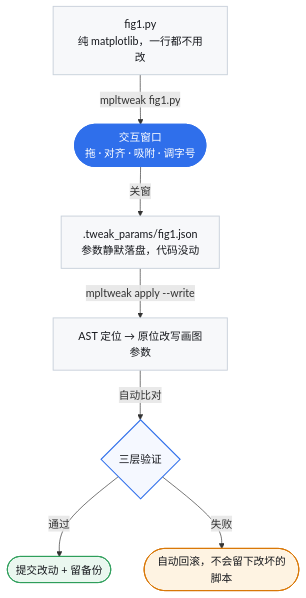
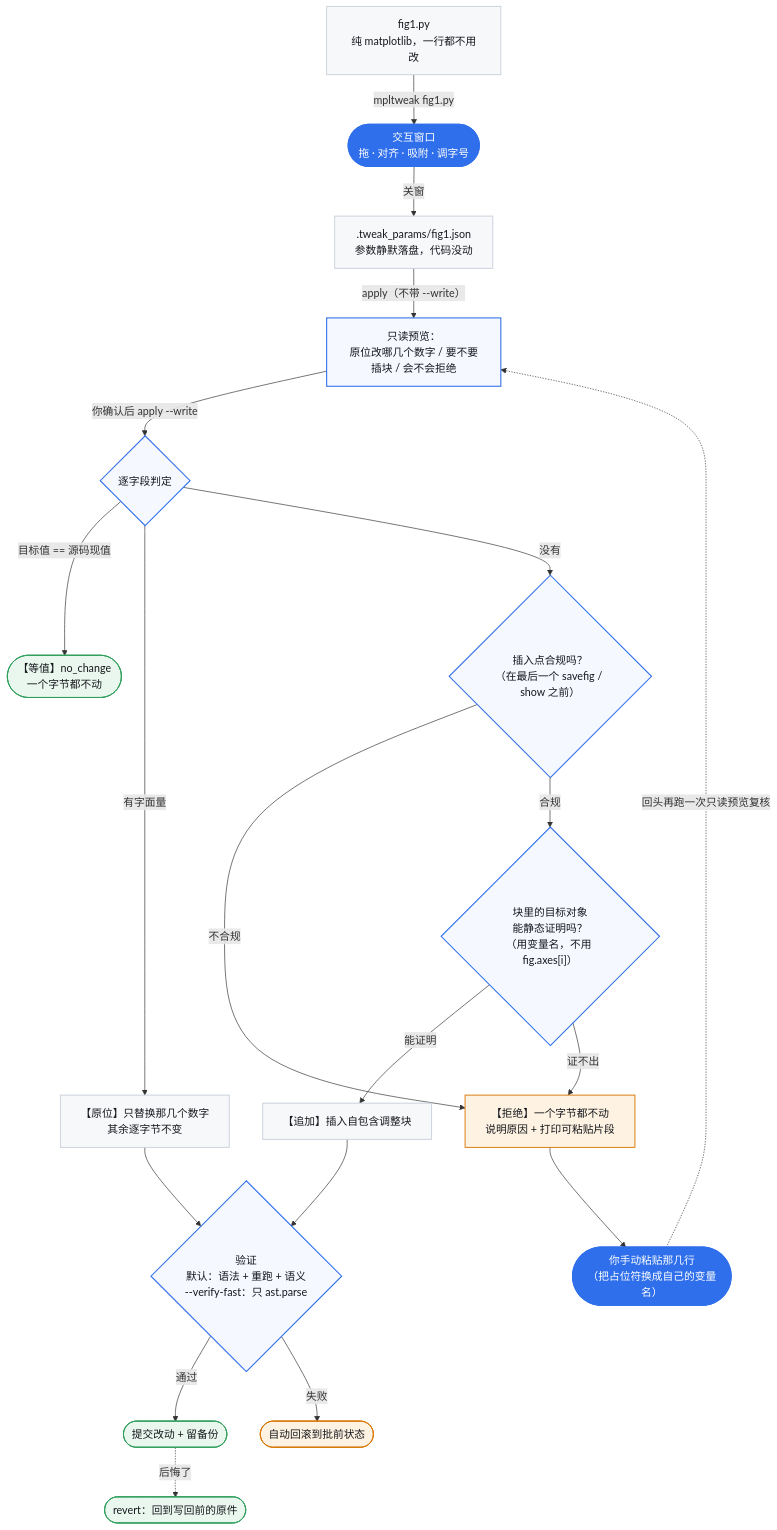
The diagram in docs/interaction.md (shdbl/mpltweak), drawn with Mermaid before and after one commit. The commit also changed other lines of this file and 6 other files, not shown here.

````diff
--- a/docs/interaction.md
+++ b/docs/interaction.md
@@ -25,23 +10,44 @@
 ```mermaid
 flowchart TD
     A["fig1.py<br/>纯 matplotlib，一行都不用改"]:::script
     B(["交互窗口<br/>拖 · 对齐 · 吸附 · 调字号"]):::win
     C[".tweak_params/fig1.json<br/>参数静默落盘，代码没动"]:::script
-    D["AST 定位 → 原位改写画图参数"]:::script
-    E{"三层验证"}:::check
+    P["只读预览：<br/>原位改哪几个数字 / 要不要插块 / 会不会拒绝"]:::check
+    D{"逐字段判定"}:::check
+    D0(["【等值】no_change<br/>一个字节都不动"]):::ok
+    D1["【原位】只替换那几个数字<br/>其余逐字节不变"]:::script
+    D2{"插入点合规吗？<br/>（在最后一个 savefig / show 之前）"}:::check
+    D2b{"块里的目标对象<br/>能静态证明吗？<br/>（用变量名，不用 fig.axes[i]）"}:::check
+    D3["【追加】插入自包含调整块"]:::script
+    D4["【拒绝】一个字节都不动<br/>说明原因 + 打印可粘贴片段"]:::bad
+    PASTE(["你手动粘贴那几行<br/>（把占位符换成自己的变量名）"]):::win
+    E{"验证<br/>默认：语法 + 重跑 + 语义<br/>--verify-fast：只 ast.parse"}:::check
     F(["提交改动 + 留备份"]):::ok
-    G(["自动回滚，不会留下改坏的脚本"]):::bad
+    G(["自动回滚到批前状态"]):::bad
+    R(["revert：回到写回前的原件"]):::ok
 
-A -->|mpltweak fig1.py| B
+    A -->|mpltweak fig1.py| B
     B -->|关窗| C
-    C -->|mpltweak apply --write| D
-    D -->|自动比对| E
+    C -->|apply（不带 --write）| P
+    P -->|你确认后 apply --write| D
+    D -->|目标值 == 源码现值| D0
+    D -->|有字面量| D1
+    D -->|没有| D2
+    D2 -->|不合规| D4
+    D2 -->|合规| D2b
+    D2b -->|能证明| D3
+    D2b -->|证不出| D4
+    D1 --> E
+    D3 --> E
     E -->|通过| F
     E -->|失败| G
+    D4 --> PASTE
+    PASTE -.->|回头再跑一次只读预览复核| P
+    F -.->|后悔了| R
 
-classDef script fill:#F7F8FA,stroke:#C9D1DB,stroke-width:1.4px,color:#16181D
+    classDef script fill:#F7F8FA,stroke:#C9D1DB,stroke-width:1.4px,color:#16181D
     classDef win fill:#2F6FEB,stroke:#2F6FEB,stroke-width:1.6px,color:#FFFFFF
     classDef check fill:#F5F8FF,stroke:#2F6FEB,stroke-width:1.6px,color:#16181D
     classDef ok fill:#EAF7EF,stroke:#2E9E5B,stroke-width:1.4px,color:#16181D
     classDef bad fill:#FEF3E2,stroke:#D97706,stroke-width:1.4px,color:#16181D
 ```
````
